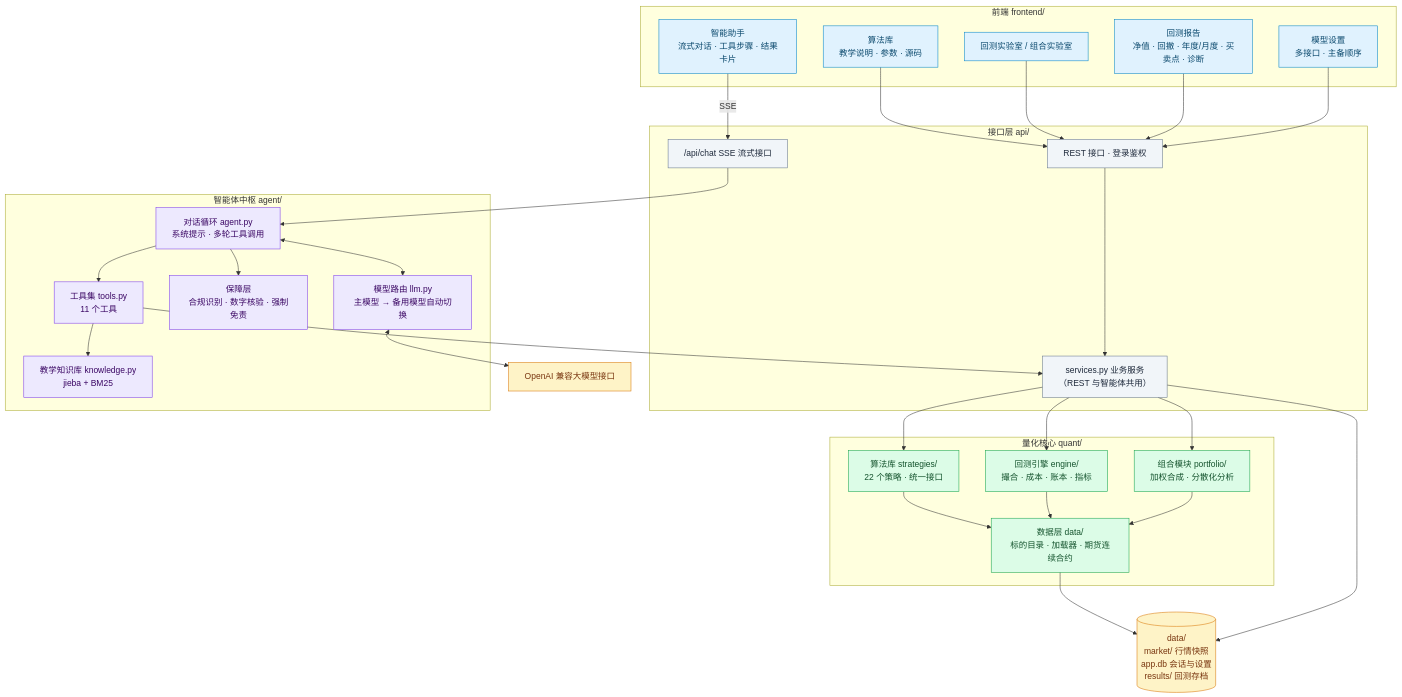
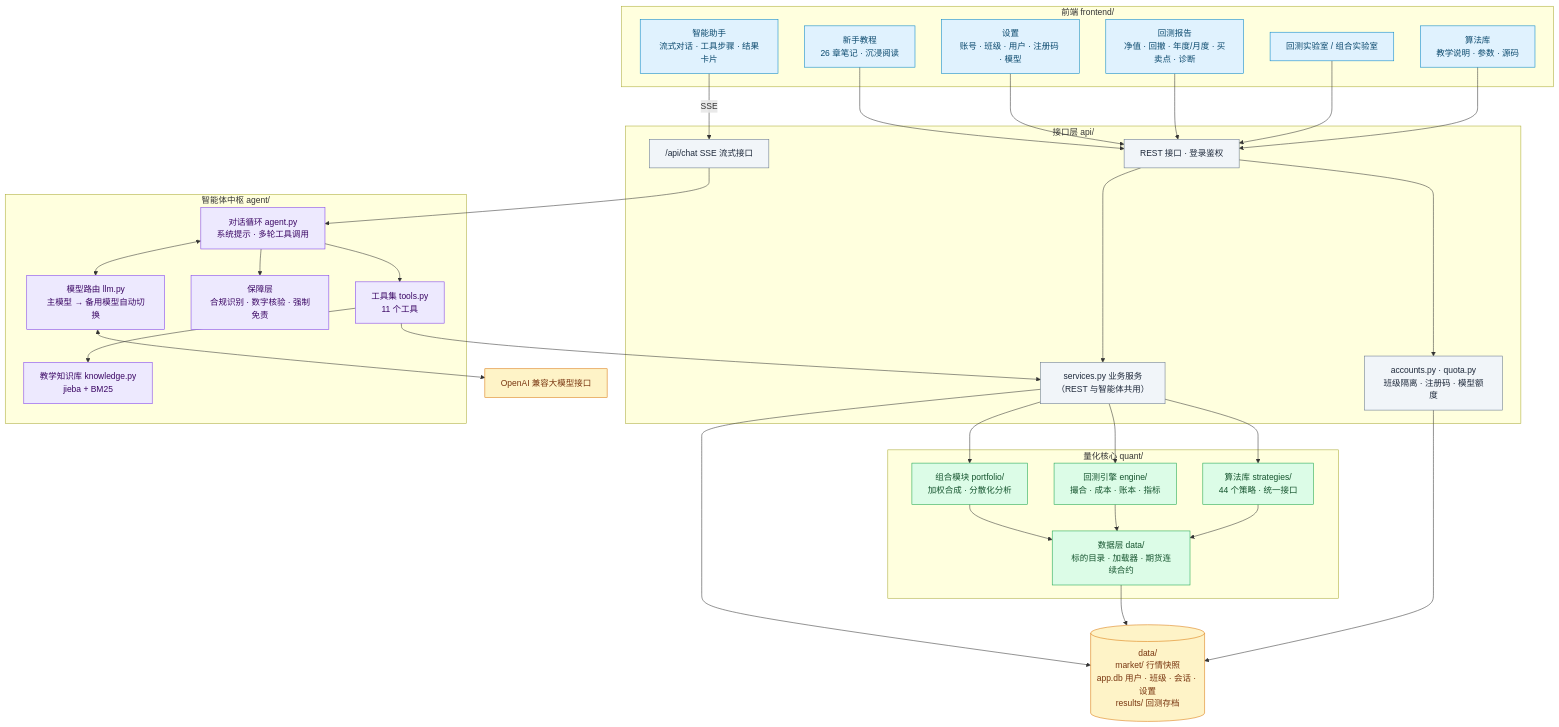
The diagram in docs/diagrams/architecture.mmd (quant-teaching/teaching-agent-quant-platform), drawn with Mermaid before and after one commit. The commit also changed 74 other files, not shown here.

First line of the commit message:
算法库扩充到 44 种经典策略，更新 README、架构图与技术栈

```diff
--- a/docs/diagrams/architecture.mmd
+++ b/docs/diagrams/architecture.mmd
@@ -1,57 +1,61 @@
 flowchart TB
   subgraph FE["前端 frontend/"]
     CHAT["智能助手<br/>流式对话 · 工具步骤 · 结果卡片"]
     LIB["算法库<br/>教学说明 · 参数 · 源码"]
     LAB["回测实验室 / 组合实验室"]
     REP["回测报告<br/>净值 · 回撤 · 年度/月度 · 买卖点 · 诊断"]
-    SET["模型设置<br/>多接口 · 主备顺序"]
+    LEARN["新手教程<br/>26 章笔记 · 沉浸阅读"]
+    SET["设置<br/>账号 · 班级 · 用户 · 注册码 · 模型"]
   end
 
   subgraph API["接口层 api/"]
     REST["REST 接口 · 登录鉴权"]
     SSE["/api/chat SSE 流式接口"]
     SVC["services.py 业务服务<br/>（REST 与智能体共用）"]
+    ACC["accounts.py · quota.py<br/>班级隔离 · 注册码 · 模型额度"]
   end
 
   subgraph AGENT["智能体中枢 agent/"]
     LOOP["对话循环 agent.py<br/>系统提示 · 多轮工具调用"]
     TOOLS["工具集 tools.py<br/>11 个工具"]
     GUARD["保障层<br/>合规识别 · 数字核验 · 强制免责"]
     LLM["模型路由 llm.py<br/>主模型 → 备用模型自动切换"]
     RAG["教学知识库 knowledge.py<br/>jieba + BM25"]
   end
 
   subgraph CORE["量化核心 quant/"]
-    STRAT["算法库 strategies/<br/>22 个策略 · 统一接口"]
+    STRAT["算法库 strategies/<br/>44 个策略 · 统一接口"]
     ENG["回测引擎 engine/<br/>撮合 · 成本 · 账本 · 指标"]
     PORT["组合模块 portfolio/<br/>加权合成 · 分散化分析"]
     DATA["数据层 data/<br/>标的目录 · 加载器 · 期货连续合约"]
   end
 
-  STORE[("data/<br/>market/ 行情快照<br/>app.db 会话与设置<br/>results/ 回测存档")]
+  STORE[("data/<br/>market/ 行情快照<br/>app.db 用户 · 班级 · 会话 · 设置<br/>results/ 回测存档")]
   LLMAPI["OpenAI 兼容大模型接口"]
 
   CHAT -- SSE --> SSE
-  LIB & LAB & REP & SET --> REST
+  LIB & LAB & REP & SET & LEARN --> REST
+  REST --> ACC
+  ACC --> STORE
   SSE --> LOOP
   REST --> SVC
   LOOP <--> LLM
   LLM <--> LLMAPI
   LOOP --> TOOLS --> SVC
   TOOLS --> RAG
   LOOP --> GUARD
   SVC --> STRAT & ENG & PORT
   STRAT & ENG & PORT --> DATA
   DATA --> STORE
   SVC --> STORE
 
   classDef fe fill:#e0f2fe,stroke:#0284c7,color:#0c4a6e
   classDef api fill:#f1f5f9,stroke:#64748b,color:#1e293b
   classDef agent fill:#ede9fe,stroke:#7c3aed,color:#3b0764
   classDef core fill:#dcfce7,stroke:#16a34a,color:#14532d
   classDef data fill:#fef3c7,stroke:#d97706,color:#78350f
-  class CHAT,LIB,LAB,REP,SET fe
-  class REST,SSE,SVC api
+  class CHAT,LIB,LAB,REP,SET,LEARN fe
+  class REST,SSE,SVC,ACC api
   class LOOP,TOOLS,GUARD,LLM,RAG agent
   class STRAT,ENG,PORT,DATA core
   class STORE,LLMAPI data
```
